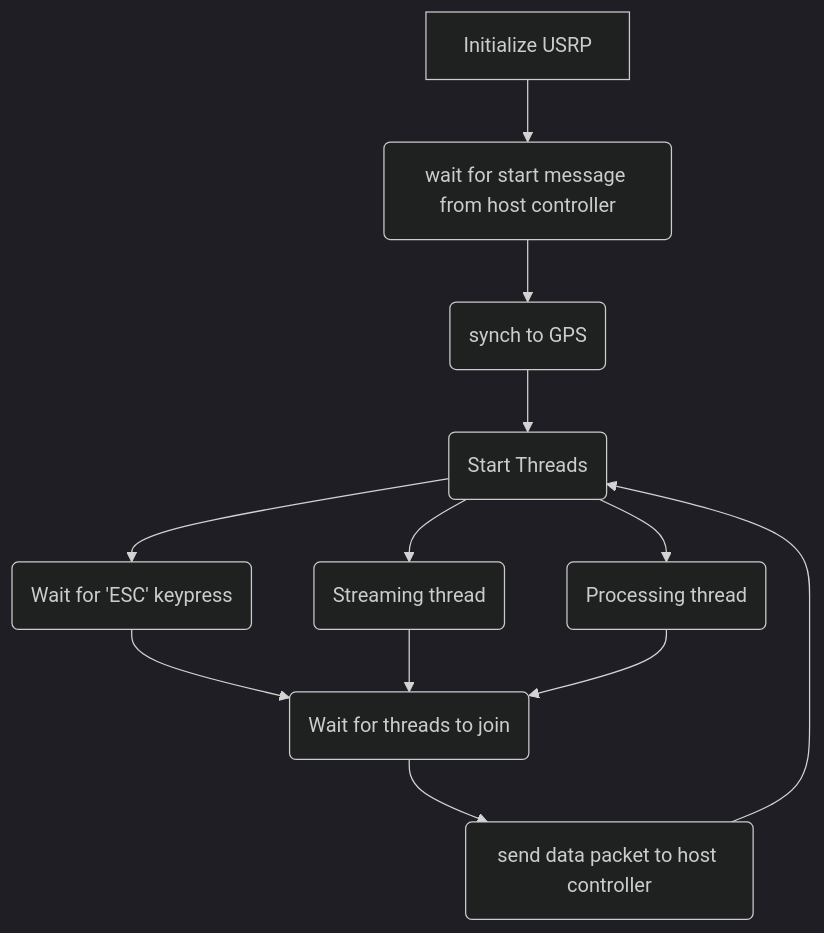
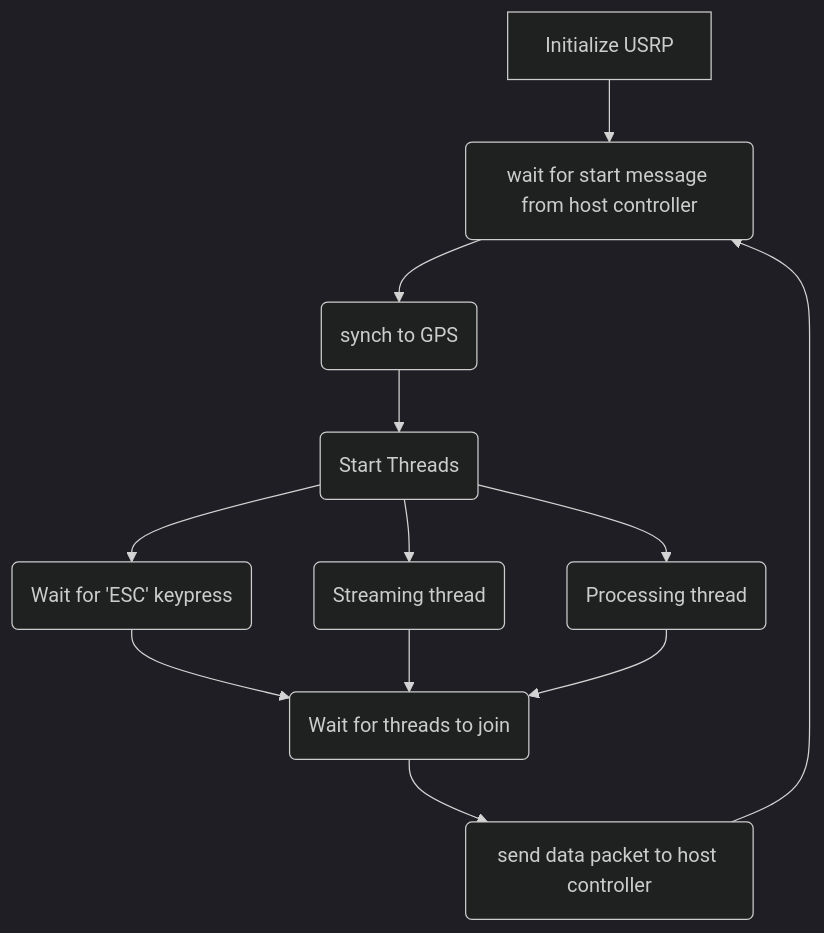
Before and after one commit to joey-public/WES207CapstoneProject: the diagram in dsp/src/README.md, drawn with Mermaid (dark theme).

````diff
--- a/dsp/src/README.md
+++ b/dsp/src/README.md
@@ -18,14 +18,14 @@
 ```mermaid
 graph TD
 A[Initialize USRP] --> B(wait for start message from host controller)
 B --> C(synch to GPS)
 C --> D(Start Threads)
 D --> E(Wait for 'ESC' keypress)
 D --> F(Streaming thread)
 D --> G(Processing thread)
 E --> I(Wait for threads to join)
 F --> I
 G --> I
 I --> J(send data packet to host controller)
-J --> D
+J --> B
 ```
````
